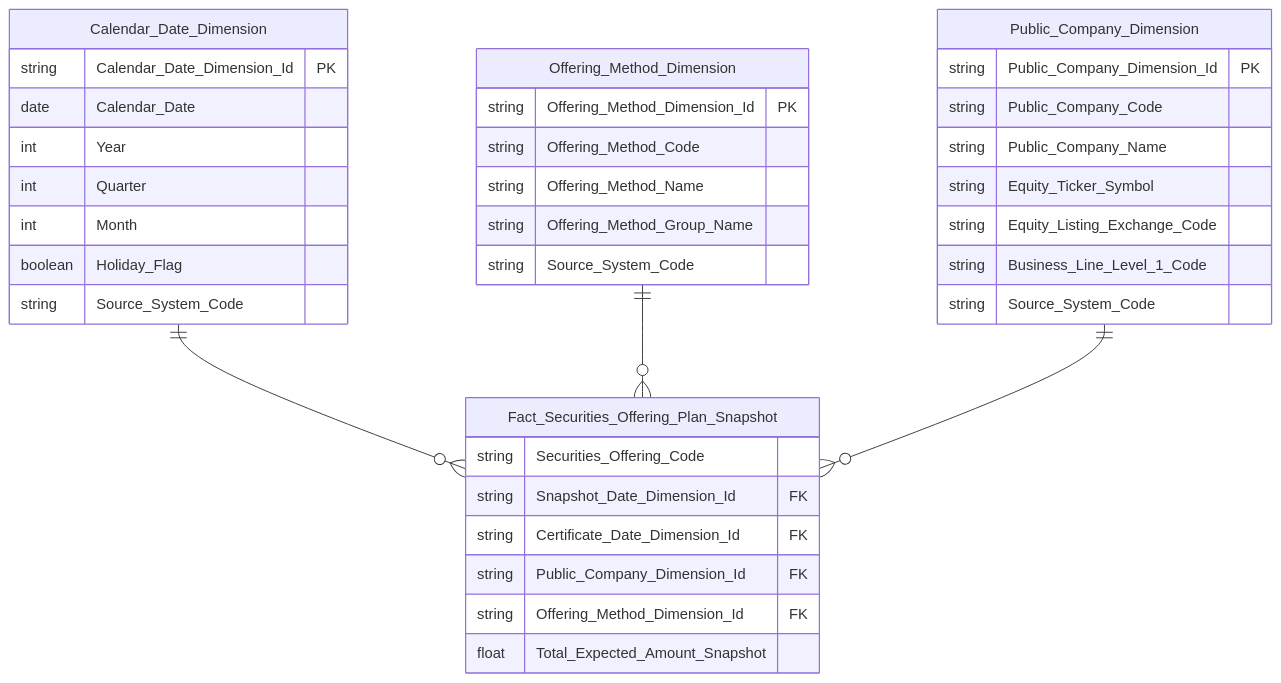
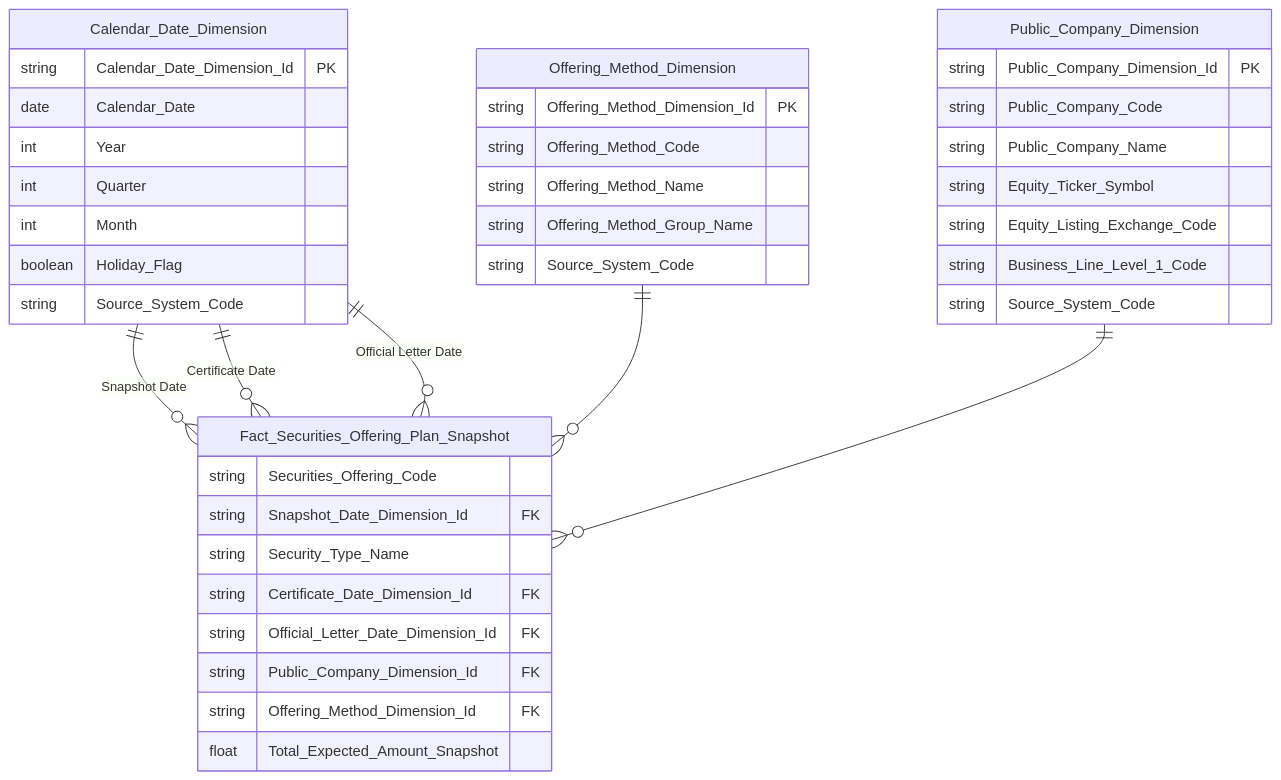
The ninth of 23 diagrams in Datamart/hld/DTM_QLCB_HLD.md (linhlvit/ubck_atomic_design), drawn with Mermaid before and after one commit. The commit also changed other lines of this file and 15 other files, not shown here.

Commit message:
feat(qlcb): dong bo thiet ke QLCB theo code dbt dev dot 1 (O_QLCB_28) — them fct_securities_offering_detail_snpst cho Nhom 4, cap nhat 3 Fact Offering/Plan/Result, offering_method_dim va dong bo HLD, LLD, flat table, model, kpi_index

````diff
--- a/Datamart/hld/DTM_QLCB_HLD.md
+++ b/Datamart/hld/DTM_QLCB_HLD.md
@@ -450,40 +511,44 @@
 ```mermaid
 erDiagram
     Calendar_Date_Dimension {
         string Calendar_Date_Dimension_Id PK
         date Calendar_Date
         int Year
         int Quarter
         int Month
         boolean Holiday_Flag
         string Source_System_Code
     }
     Offering_Method_Dimension {
         string Offering_Method_Dimension_Id PK
         string Offering_Method_Code
         string Offering_Method_Name
         string Offering_Method_Group_Name
         string Source_System_Code
     }
     Public_Company_Dimension {
         string Public_Company_Dimension_Id PK
         string Public_Company_Code
         string Public_Company_Name
         string Equity_Ticker_Symbol
         string Equity_Listing_Exchange_Code
         string Business_Line_Level_1_Code
         string Source_System_Code
     }
     Fact_Securities_Offering_Plan_Snapshot {
         string Securities_Offering_Code
         string Snapshot_Date_Dimension_Id FK
+        string Security_Type_Name
         string Certificate_Date_Dimension_Id FK
+        string Official_Letter_Date_Dimension_Id FK
         string Public_Company_Dimension_Id FK
         string Offering_Method_Dimension_Id FK
         float Total_Expected_Amount_Snapshot
     }
 
-    Calendar_Date_Dimension ||--o{ Fact_Securities_Offering_Plan_Snapshot : " "
+    Calendar_Date_Dimension ||--o{ Fact_Securities_Offering_Plan_Snapshot : "Snapshot Date"
+    Calendar_Date_Dimension ||--o{ Fact_Securities_Offering_Plan_Snapshot : "Certificate Date"
+    Calendar_Date_Dimension ||--o{ Fact_Securities_Offering_Plan_Snapshot : "Official Letter Date"
     Offering_Method_Dimension ||--o{ Fact_Securities_Offering_Plan_Snapshot : " "
     Public_Company_Dimension ||--o{ Fact_Securities_Offering_Plan_Snapshot : " "
 ```
````
